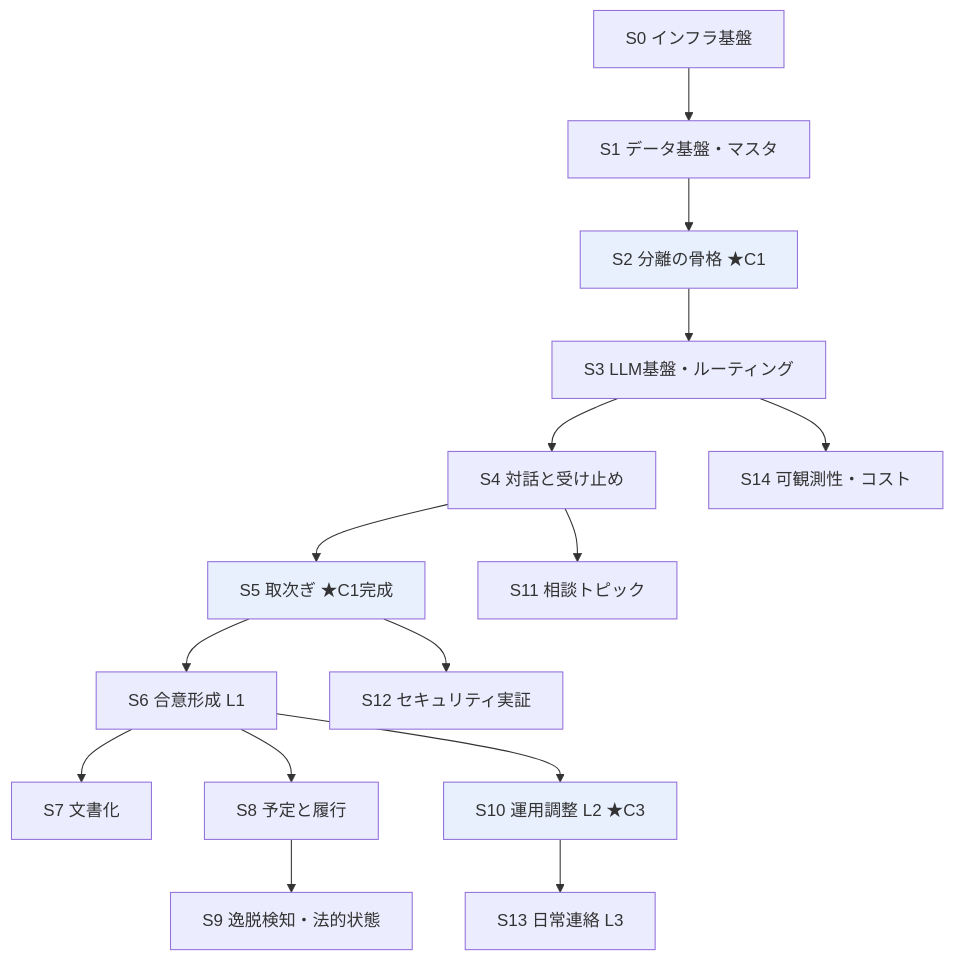
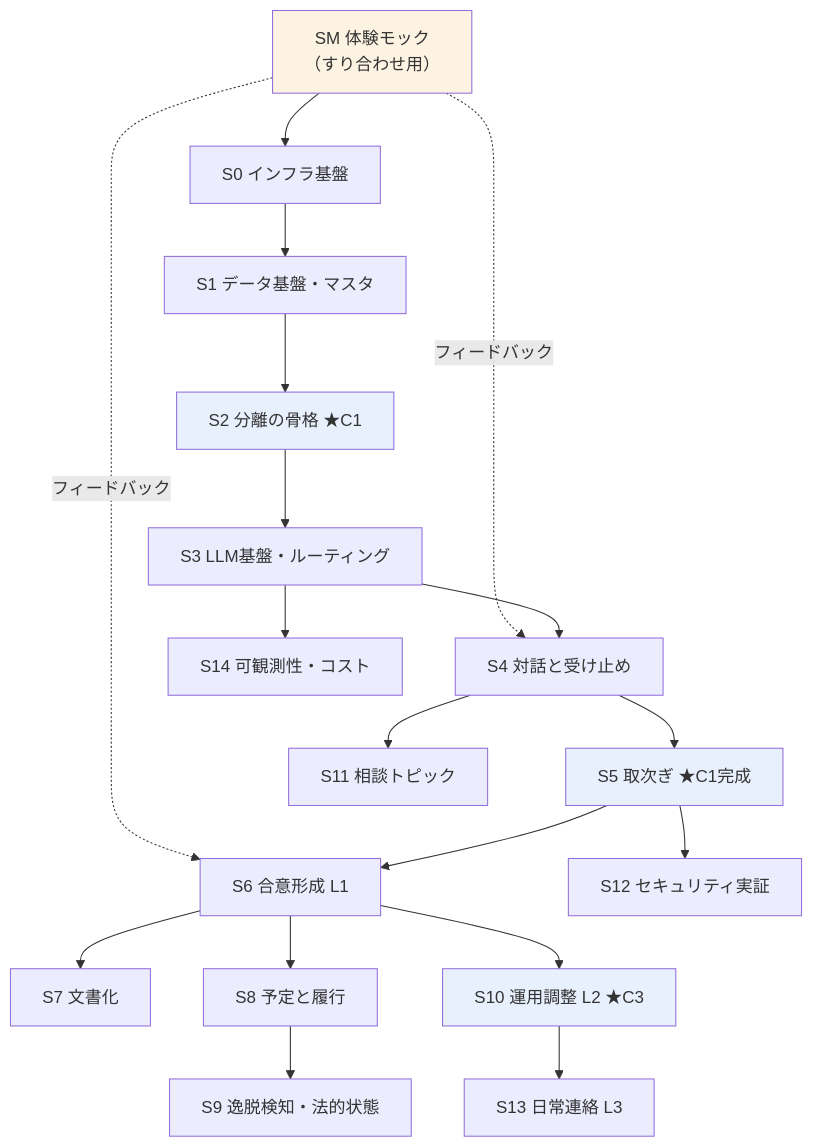
Before and after one commit to sugimomoto/AIHack: the diagram in .steering/roadmap.md, drawn with Mermaid. The commit also changed other lines of this file and 2 other files, not shown here.

````diff
--- a/.steering/roadmap.md
+++ b/.steering/roadmap.md
@@ -25,21 +25,25 @@
 ```mermaid
 graph TD
-    S0["S0 インフラ基盤"] --> S1["S1 データ基盤・マスタ"]
+    SM["SM 体験モック<br/>（すり合わせ用）"] -.->|"フィードバック"| S4
+    SM -.->|"フィードバック"| S6
+    SM --> S0["S0 インフラ基盤"]
+    S0 --> S1["S1 データ基盤・マスタ"]
     S1 --> S2["S2 分離の骨格 ★C1"]
     S2 --> S3["S3 LLM基盤・ルーティング"]
     S3 --> S4["S4 対話と受け止め"]
     S4 --> S5["S5 取次ぎ ★C1完成"]
     S5 --> S6["S6 合意形成 L1"]
     S6 --> S7["S7 文書化"]
     S6 --> S8["S8 予定と履行"]
     S8 --> S9["S9 逸脱検知・法的状態"]
     S6 --> S10["S10 運用調整 L2 ★C3"]
     S4 --> S11["S11 相談トピック"]
     S5 --> S12["S12 セキュリティ実証"]
     S10 --> S13["S13 日常連絡 L3"]
     S3 --> S14["S14 可観測性・コスト"]
 
     style S2 fill:#e8f0fe
     style S5 fill:#e8f0fe
     style S10 fill:#e8f0fe
+    style SM fill:#fdf3e3
 ```
````
